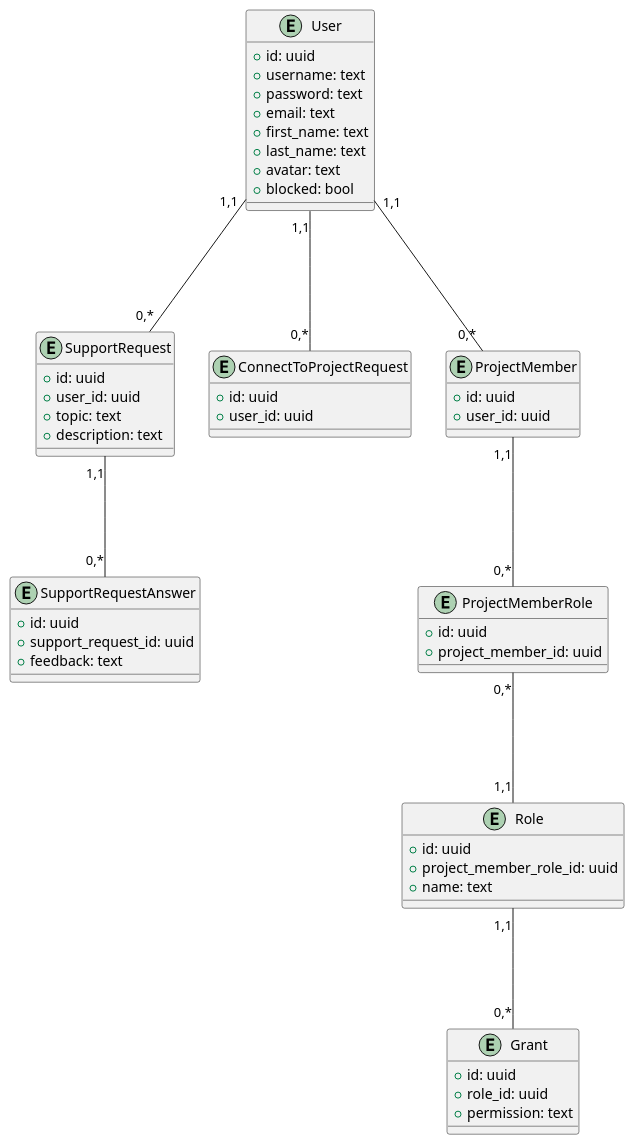
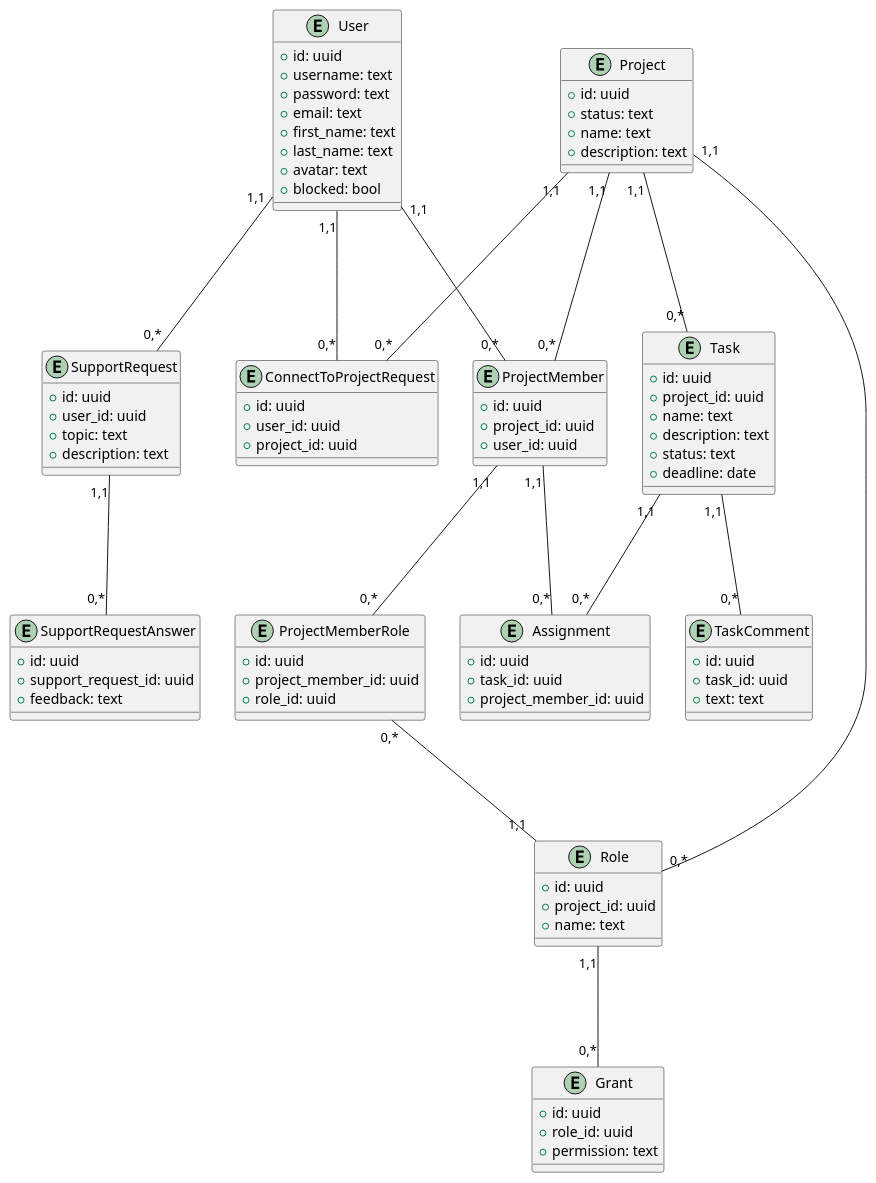
Before and after one commit to bohdanbulakh/databases-labs: the second of 2 diagrams in docs/design/README.md, drawn with PlantUML.

Commit message:
documentation #44: write ER model part 2
closes #44

```diff
--- a/docs/design/README.md
+++ b/docs/design/README.md
@@ -174,21 +174,24 @@
 entity ConnectToProjectRequest {
 +id: uuid
 +user_id: uuid
++project_id: uuid
 }
 
 entity ProjectMember {
 +id: uuid
++project_id: uuid
 +user_id: uuid
 }
 
 entity ProjectMemberRole {
 +id: uuid
 +project_member_id: uuid
++role_id: uuid
 }
 
 entity Role {
 +id: uuid
-+project_member_role_id: uuid
++project_id: uuid
 +name: text
 }
 
@@ -198,6 +201,34 @@
 +permission: text
 }
 
+entity Project {
++id: uuid
++status: text
++name: text
++description: text
+}
+
+entity Task {
++id: uuid
++project_id: uuid
++name: text
++description: text
++status: text
++deadline: date
+}
+
+entity TaskComment {
++id: uuid
++task_id: uuid
++text: text
+}
+
+entity Assignment {
++id: uuid
++task_id: uuid
++project_member_id: uuid
+}
+
 User "1,1" --d- "0,*" SupportRequest
 User "1,1" --d- "0,*" ConnectToProjectRequest
 User "1,1" --d- "0,*" ProjectMember
@@ -205,9 +236,18 @@
 SupportRequest "1,1" --d- "0,*" SupportRequestAnswer
 
 ProjectMember "1,1" --d- "0,*" ProjectMemberRole
+ProjectMember "1,1" --d- "0,*" Assignment
 
 ProjectMemberRole "0,*" --d- "1,1" Role
 
 Role "1,1" --d- "0,*" Grant
 
+Project "1,1"  --d- "0,*" ProjectMember
+Project "1,1"  --d- "0,*" Role
+Project "1,1"  --d- "0,*" ConnectToProjectRequest
+Project "1,1"  --d- "0,*" Task
+
+Task "1,1" --d- "0,*" TaskComment
+Task "1,1" --d- "0,*" Assignment
+
 @enduml
```
